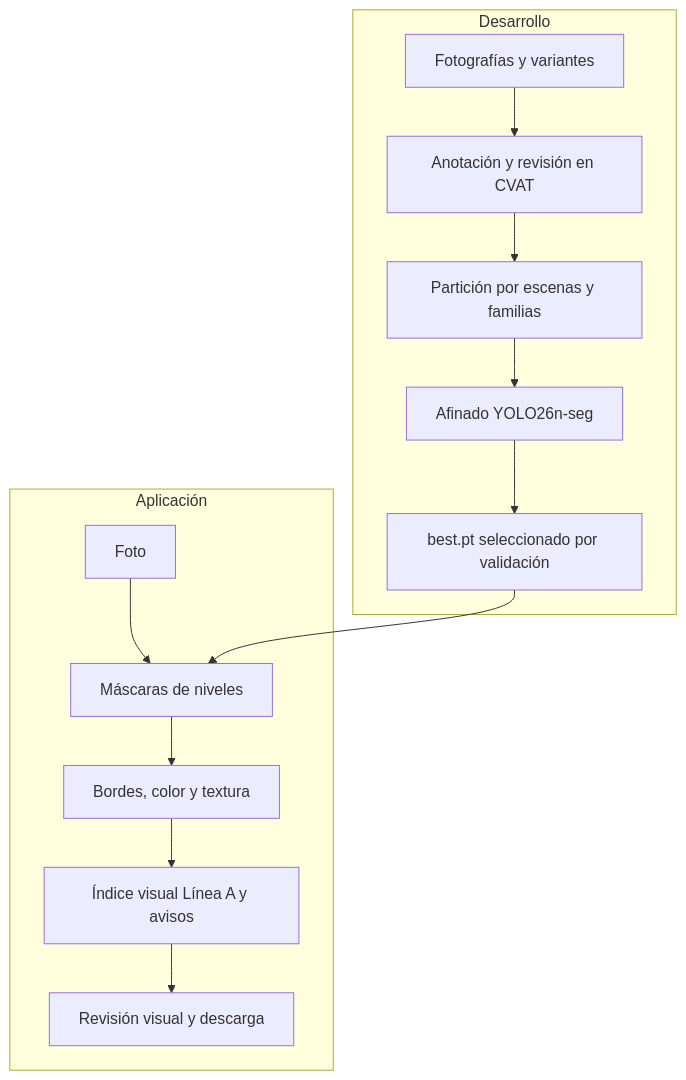
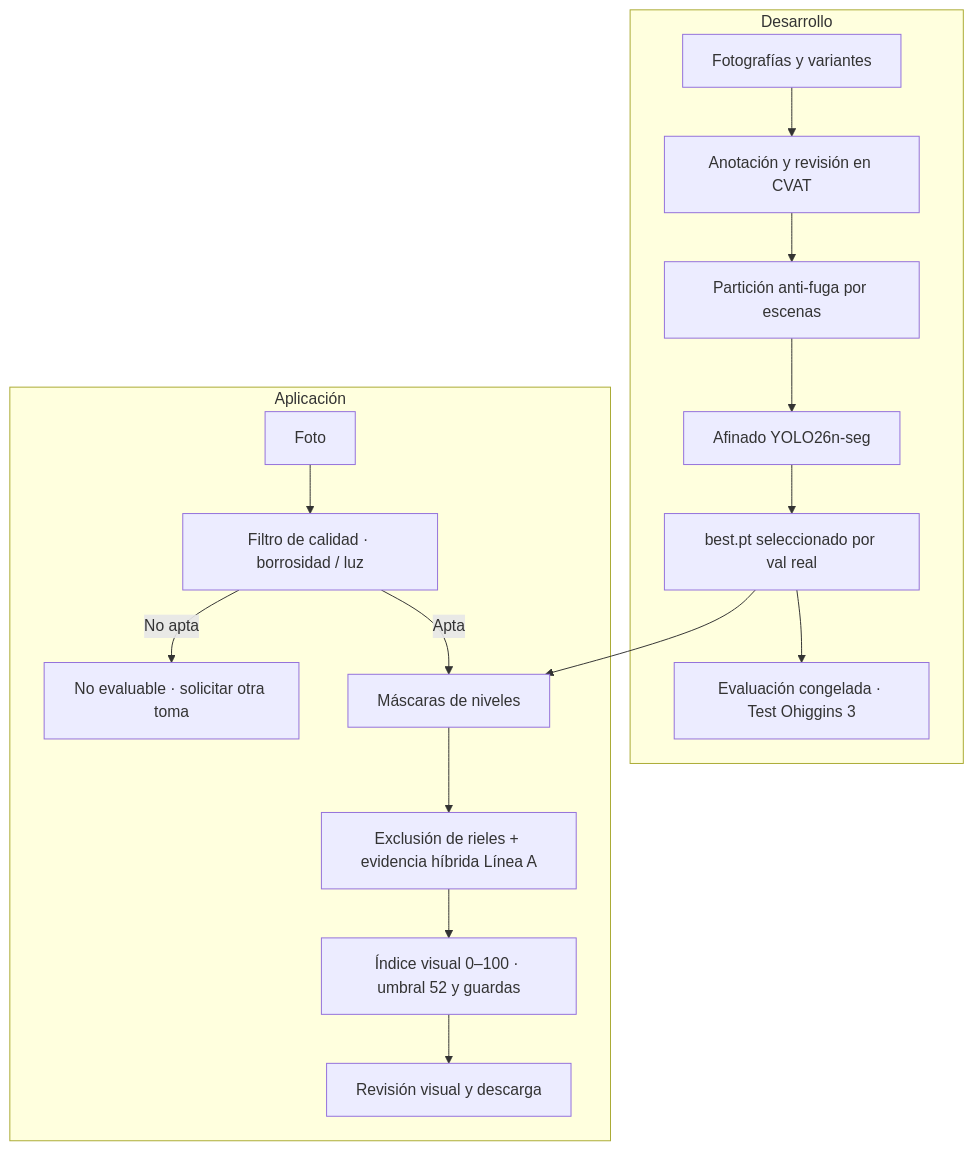
Before and after one commit to vcanio/Capstone2026: the first of 2 diagrams in README.md, drawn with Mermaid. The commit also changed other lines of this file and 8 other files, not shown here.

Commit message:
Agrega compuerta automatica de calidad de foto y actualiza documentacion

````diff
--- a/README.md
+++ b/README.md
@@ -202,16 +206,19 @@
 ```mermaid
 flowchart TB
     subgraph Desarrollo
         A[Fotografías y variantes] --> B[Anotación y revisión en CVAT]
-        B --> C[Partición por escenas y familias]
+        B --> C[Partición anti-fuga por escenas]
         C --> D[Afinado YOLO26n-seg]
-        D --> E[best.pt seleccionado por validación]
+        D --> E[best.pt seleccionado por val real]
+        E --> T[Evaluación congelada · Test Ohiggins 3]
     end
     subgraph Aplicación
-        F[Foto] --> G[Máscaras de niveles]
+        F[Foto] --> Q[Filtro de calidad · borrosidad / luz]
+        Q -->|No apta| NE[No evaluable · solicitar otra toma]
+        Q -->|Apta| G[Máscaras de niveles]
         E --> G
-        G --> H[Bordes, color y textura]
-        H --> I[Índice visual Línea A y avisos]
+        G --> H[Exclusión de rieles + evidencia híbrida Línea A]
+        H --> I[Índice visual 0–100 · umbral 52 y guardas]
         I --> J[Revisión visual y descarga]
     end
 ```
````
